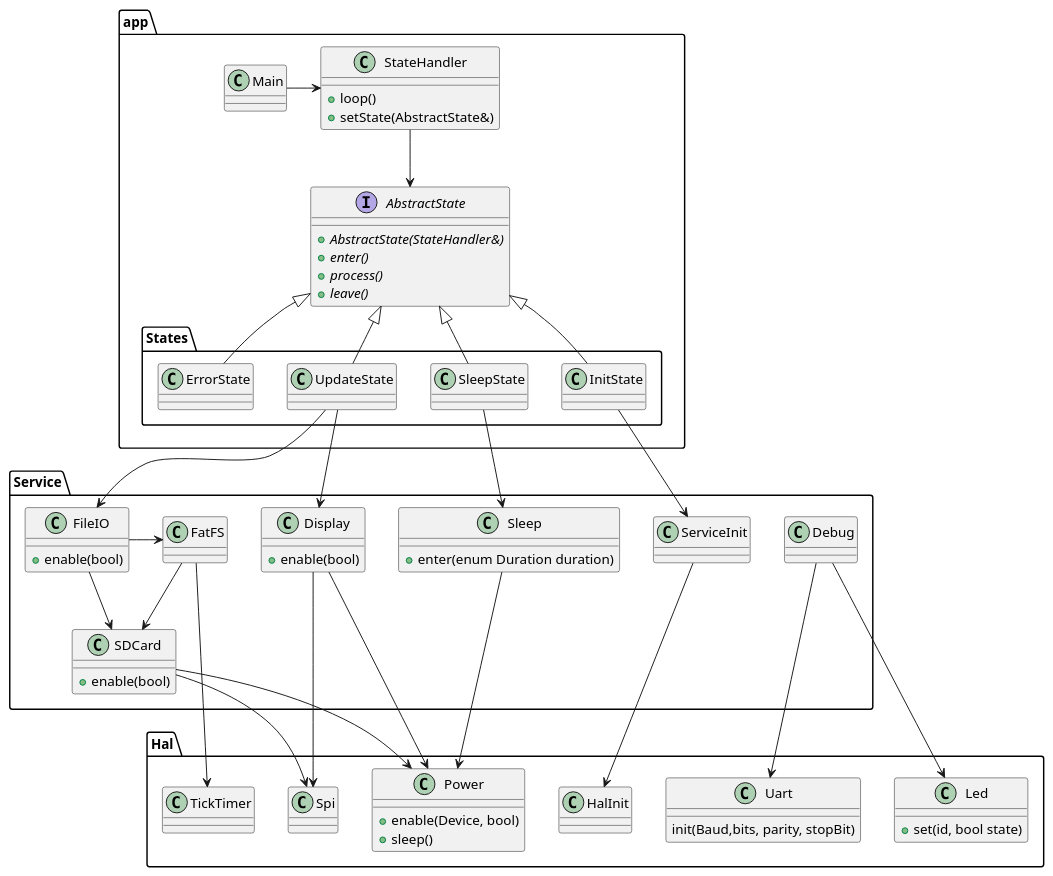
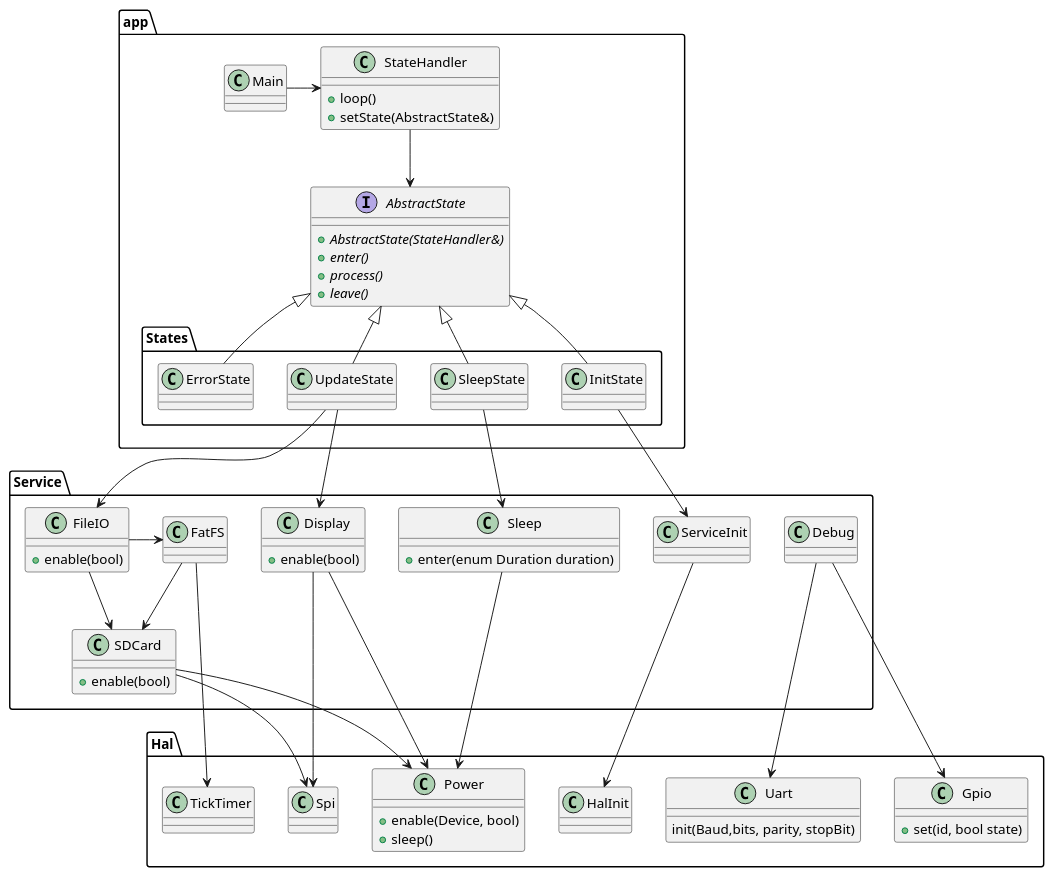
Before and after one commit to nhjschulz/EInkPicFrame: the diagram in design/plantuml/ClassDiagram.plantuml, drawn with PlantUML. The commit also changed 2 other files, not shown here.

Commit message:
Gpio: Introduced Gpio class

```diff
--- a/design/plantuml/ClassDiagram.plantuml
+++ b/design/plantuml/ClassDiagram.plantuml
@@ -1,94 +1,94 @@
 @startuml
 
 package app {
     class Main
     class StateHandler {
         +loop()
         +setState(AbstractState&)
     }
     interface AbstractState {
         {abstract}+AbstractState(StateHandler&)
         {abstract} +enter()
         {abstract} +process()
         {abstract} +leave()
     }
     package States {
         class SleepState
         class UpdateState
         class InitState
         class ErrorState
 
         UpdateState -u-|> AbstractState
         SleepState -u-|> AbstractState
         InitState -u-|> AbstractState
         ErrorState -u-|> AbstractState
 
     }
 
     Main -> StateHandler
     StateHandler --> AbstractState
 }
 
 package Service {
     class FileIO {
         +enable(bool)
     }
     class FatFS
     class ServiceInit {
       
     }
     class Display {
         +enable(bool)
     }
     class SDCard {
         +enable(bool)
     }
     class Debug
     class Sleep {
         +enter(enum Duration duration)
     }
 
 }
 
 package Hal {
 
     class Spi 
     class Uart {
         init(Baud,bits, parity, stopBit)
 
     }
     
     class HalInit
     class Power {
         +enable(Device, bool)
         +sleep()
     }
-    class Led {
+    class Gpio {
         +set(id, bool state)
     }
 
     class TickTimer {
 
     }
 
 
 }
 
 InitState --> ServiceInit
 ServiceInit --> HalInit
 UpdateState --> FileIO
 UpdateState --> Display
 SleepState --> Sleep
 FileIO ->FatFS
 FatFS --> SDCard
 FileIO --> SDCard
 
 Debug --> Uart
-Debug --> Led
+Debug --> Gpio
 SDCard --> Spi
 Display --> Spi
 SDCard --> Power
 Display --> Power
 Sleep --> Power
 FatFS --> TickTimer
 @enduml
```
